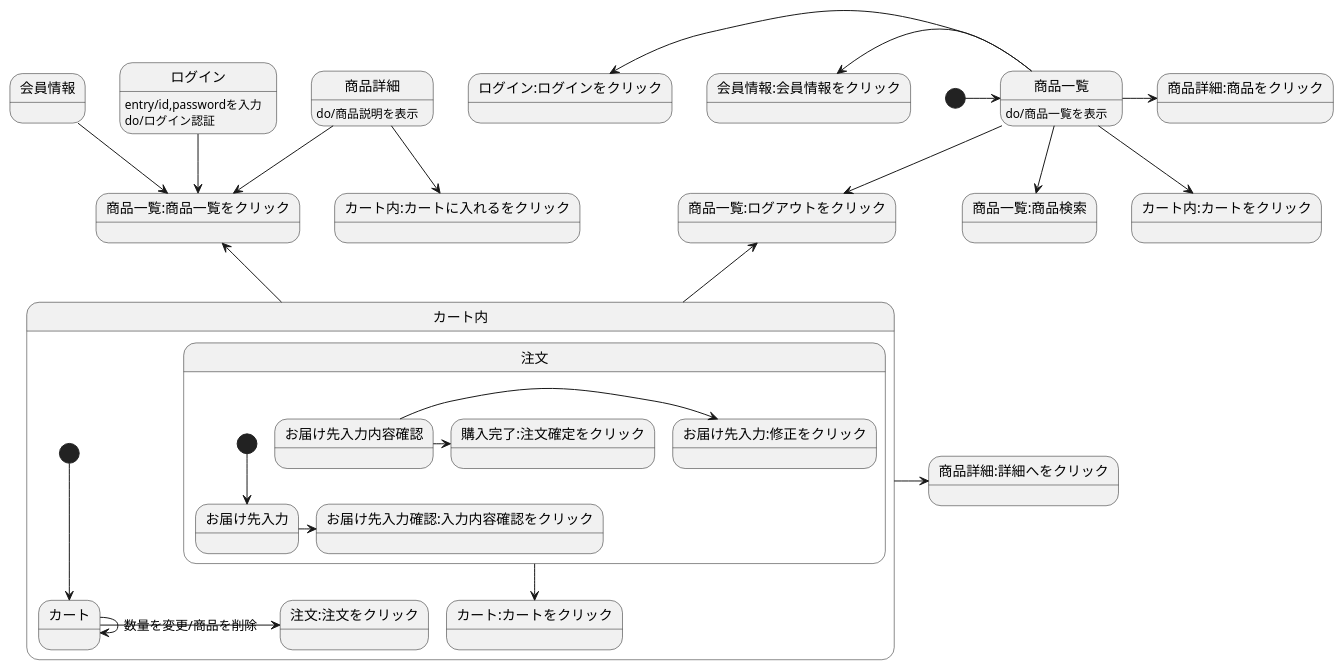
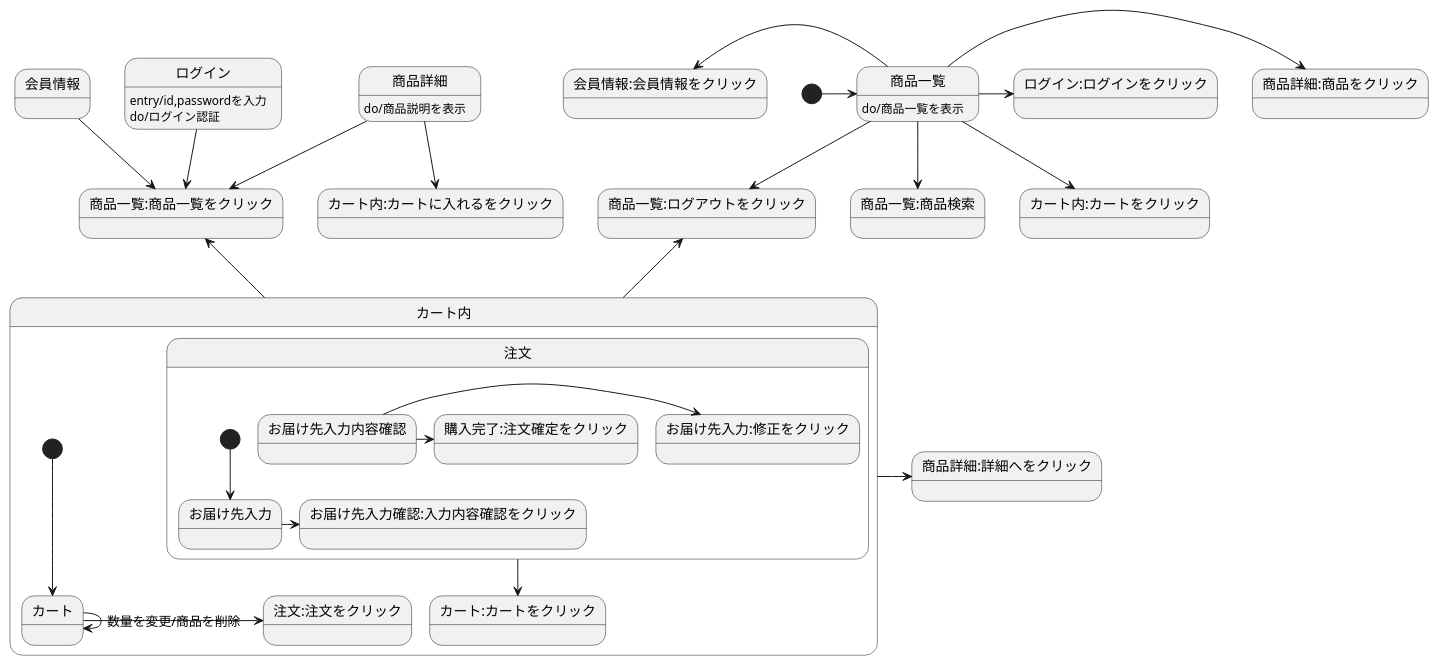
The diagram in stm01.md (Aso2001160/2021sys-design), drawn with PlantUML before and after one commit.

````diff
--- a/stm01.md
+++ b/stm01.md
@@ -1,35 +1,35 @@
 ```uml
 @startuml
 [*] -> 商品一覧
 会員情報-->商品一覧:商品一覧をクリック
 ログイン-->商品一覧:商品一覧をクリック
 ログイン:entry/id,passwordを入力
 ログイン:do/ログイン認証
 商品一覧 --> 商品一覧:ログアウトをクリック
 商品一覧-->商品一覧:商品検索
 商品一覧->商品詳細:商品をクリック
 商品一覧 -left-> 会員情報:会員情報をクリック
-商品一覧 -left-> ログイン:ログインをクリック
+商品一覧 -> ログイン:ログインをクリック
 商品一覧 -->カート内:カートをクリック
 商品一覧:do/商品一覧を表示
 商品詳細-->カート内:カートに入れるをクリック
 商品詳細-->商品一覧:商品一覧をクリック
 商品詳細:do/商品説明を表示
 カート内 -up-> 商品一覧:商品一覧をクリック
 カート内 -up-> 商品一覧:ログアウトをクリック
 カート内->商品詳細:詳細へをクリック
 
 state カート内{
 [*]-->カート
 カート->注文:注文をクリック
 カート->カート:数量を変更/商品を削除
 注文-->カート:カートをクリック
   state 注文{
   [*]-->お届け先入力
   お届け先入力->お届け先入力確認:入力内容確認をクリック
   お届け先入力内容確認->お届け先入力:修正をクリック
   お届け先入力内容確認->購入完了:注文確定をクリック
   }
 }
 @enduml
 ```
````
